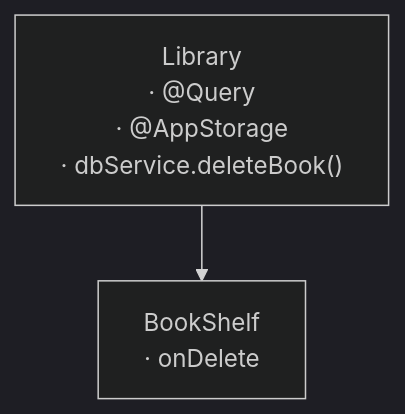
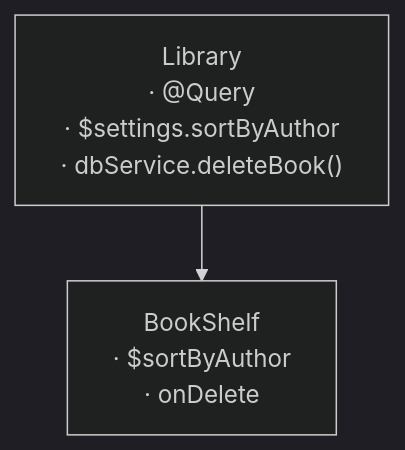
Before and after one commit to sisoje/hypermodular: the fourth of 8 diagrams in hypermodular/SKILL.md, drawn with Mermaid (dark theme). The commit also changed other lines of this file and 44 other files, not shown here.

````diff
--- a/hypermodular/SKILL.md
+++ b/hypermodular/SKILL.md
@@ -163,5 +188,5 @@
 ```mermaid
 %% Root: Library · Parent: Tabs (../MAP.md)
 flowchart TD
-    Library["Library<br/>· @Query<br/>· @AppStorage<br/>· dbService.deleteBook()"] --> BookShelf["BookShelf<br/>· onDelete"]
+    Library["Library<br/>· @Query<br/>· $settings.sortByAuthor<br/>· dbService.deleteBook()"] --> BookShelf["BookShelf<br/>· $sortByAuthor<br/>· onDelete"]
 ```
````
